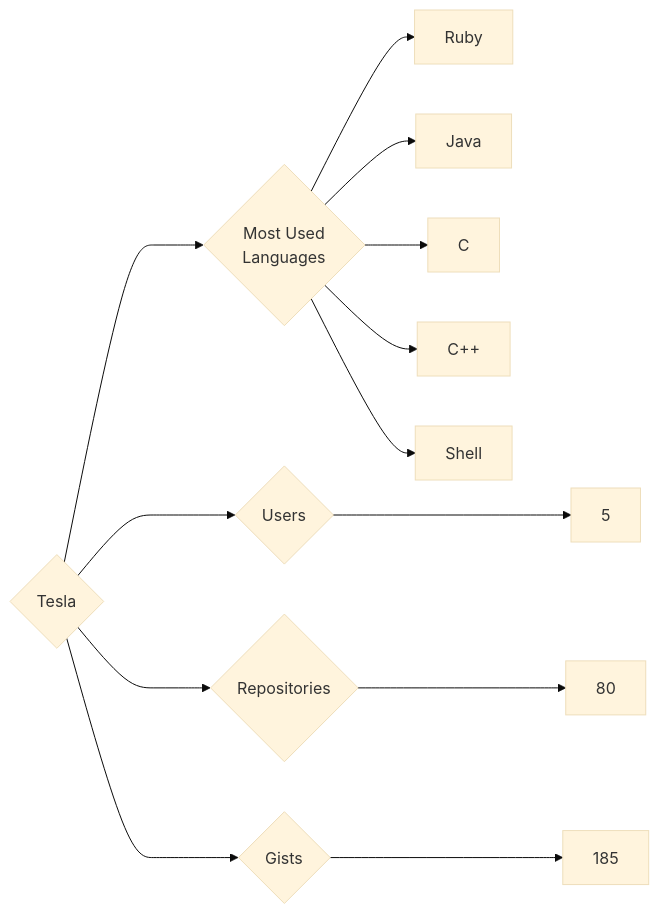
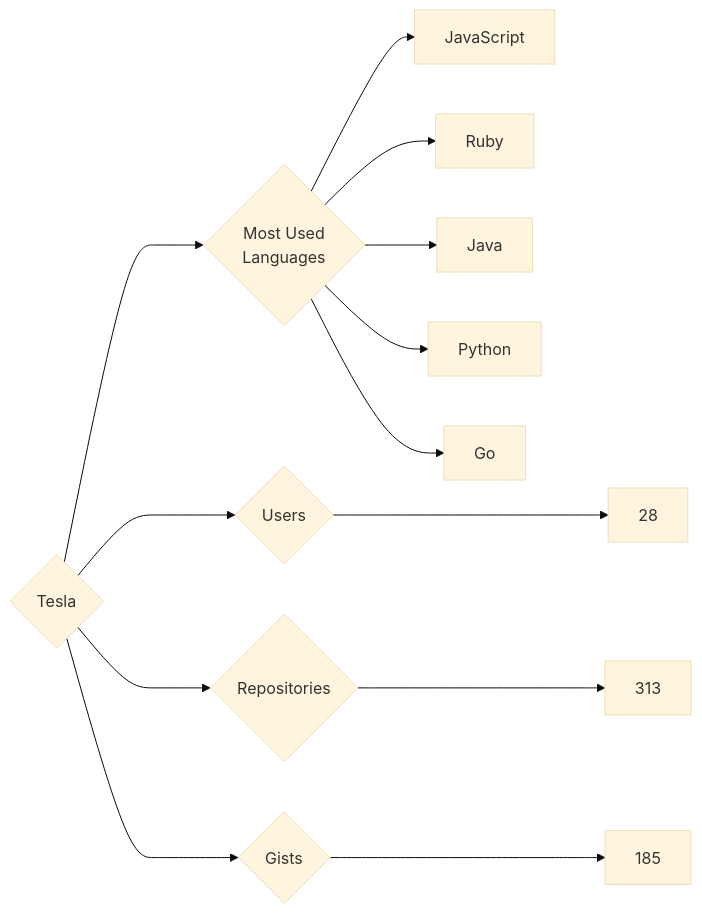
Before and after one commit to trickest/insiders: the diagram in targets/Tesla/README.md, drawn with Mermaid (base theme). The commit also changed 725 other files, not shown here.

````diff
--- a/targets/Tesla/README.md
+++ b/targets/Tesla/README.md
@@ -3,13 +3,13 @@
 ```mermaid
 graph LR
 COMPANY_NAME{Tesla}
-COMPANY_NAME ---> U{Users} ---> UN[5]
-COMPANY_NAME ---> R{Repositories} ---> RN[80]
+COMPANY_NAME ---> U{Users} ---> UN[28]
+COMPANY_NAME ---> R{Repositories} ---> RN[313]
 COMPANY_NAME ---> G{Gists} ---> GN[185]
 COMPANY_NAME ---> ML{Most Used<br>Languages}
+ML --> JavaScript[JavaScript]
 ML --> Ruby[Ruby]
 ML --> Java[Java]
-ML --> C[C]
-ML --> C++[C++]
-ML --> Shell[Shell]
+ML --> Python[Python]
+ML --> Go[Go]
 ```
````
